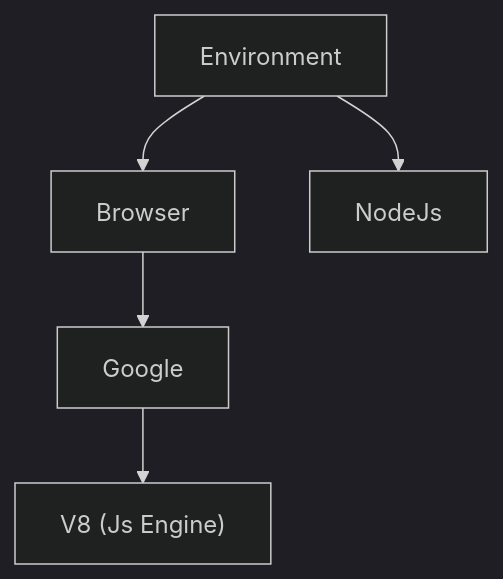
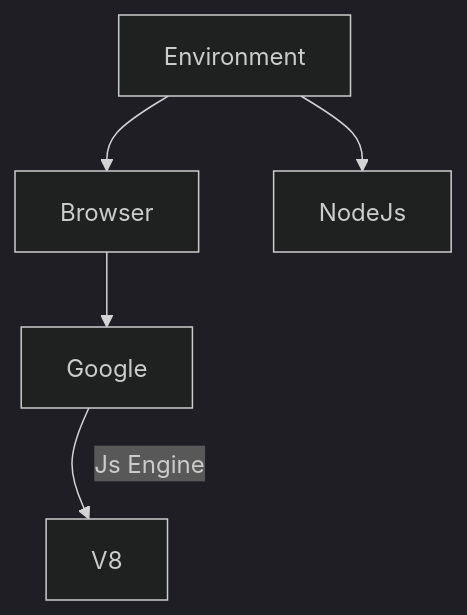
Before and after one commit to SoumyaMoturi/Tech-Diary: the first of 2 diagrams in Javascript/WORKING_OF_JAVASCRIPT.md, drawn with Mermaid (dark theme). The commit also changed other lines of this file, not shown here.

````diff
--- a/Javascript/WORKING_OF_JAVASCRIPT.md
+++ b/Javascript/WORKING_OF_JAVASCRIPT.md
@@ -9,9 +9,10 @@
  ``` mermaid
 
 flowchart TD;
     Environment --> Browser;
     Environment --> NodeJs;
     Browser --> Google;
-    Google --> V8["V8 (Js Engine)"];
+    Google --> V8;
+    V8 ~~~ |"Js Engine"|Google
 
 ```
````
